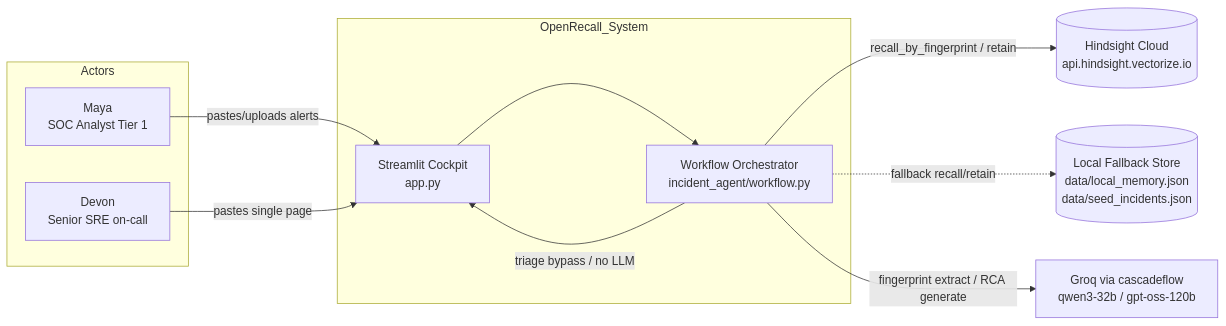
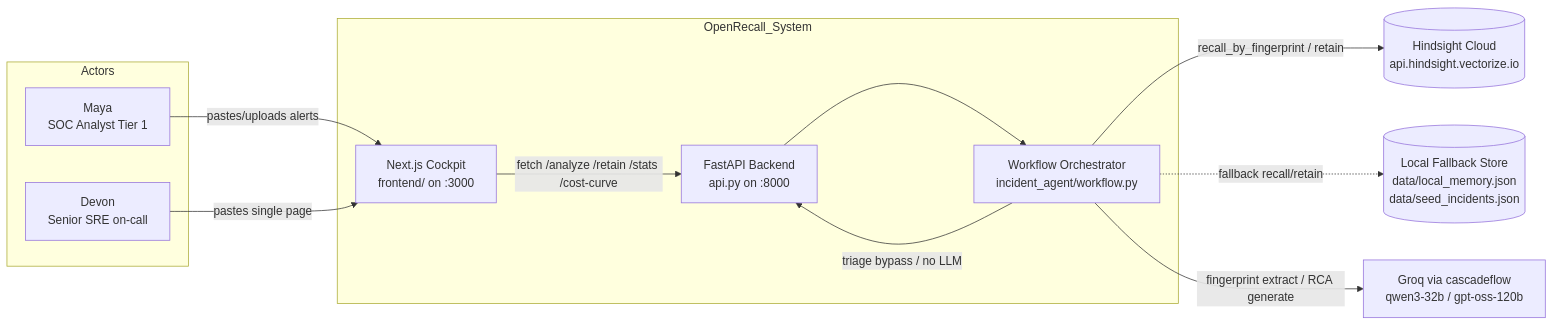
Before and after one commit to Dawn-Fighter/Open-Recall: the first of 5 diagrams in docs/ARCHITECTURE.md, drawn with Mermaid. The commit also changed other lines of this file and 64 other files, not shown here.

````diff
--- a/docs/ARCHITECTURE.md
+++ b/docs/ARCHITECTURE.md
@@ -11,24 +21,26 @@
 ```mermaid
 flowchart LR
     subgraph Actors
         Maya[Maya<br/>SOC Analyst Tier 1]
         Devon[Devon<br/>Senior SRE on-call]
     end
 
     subgraph OpenRecall_System
-        Cockpit[Streamlit Cockpit<br/>app.py]
+        Frontend[Next.js Cockpit<br/>frontend/ on :3000]
+        Backend[FastAPI Backend<br/>api.py on :8000]
         Workflow[Workflow Orchestrator<br/>incident_agent/workflow.py]
     end
 
     HindsightCloud[(Hindsight Cloud<br/>api.hindsight.vectorize.io)]
     LocalStore[(Local Fallback Store<br/>data/local_memory.json<br/>data/seed_incidents.json)]
     Groq[Groq via cascadeflow<br/>qwen3-32b / gpt-oss-120b]
 
-    Maya -- pastes/uploads alerts --> Cockpit
-    Devon -- pastes single page --> Cockpit
-    Cockpit --> Workflow
+    Maya -- pastes/uploads alerts --> Frontend
+    Devon -- pastes single page --> Frontend
+    Frontend -- fetch /analyze /retain /stats /cost-curve --> Backend
+    Backend --> Workflow
     Workflow -- recall_by_fingerprint / retain --> HindsightCloud
     Workflow -. fallback recall/retain .-> LocalStore
     Workflow -- fingerprint extract / RCA generate --> Groq
-    Workflow -- triage bypass / no LLM --> Cockpit
+    Workflow -- triage bypass / no LLM --> Backend
 ```
````
